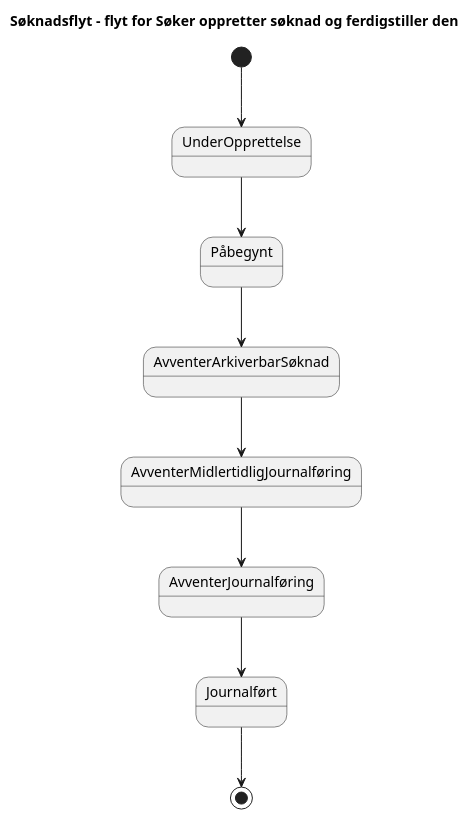
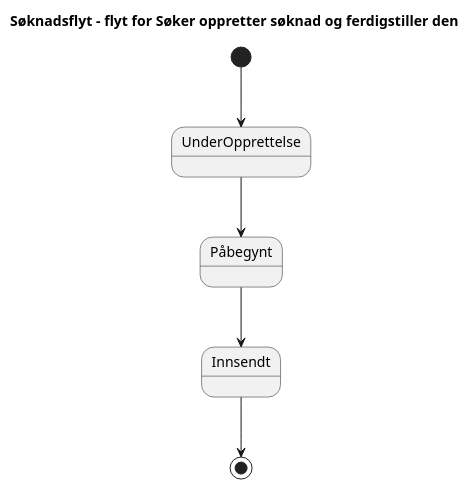
The diagram in docs/arkitektur/tilstander/Søker oppretter søknad og ferdigstiller den.approved.puml (navikt/dp-soknad), drawn with PlantUML before and after one commit. The commit also changed 5 other files, not shown here.

Commit message:
R!!! Vi fjernet alt som har med journalføring på søknad - er flyttet til innsending. Breaking changes!!!

```diff
--- a/docs/arkitektur/tilstander/Søker oppretter søknad og ferdigstiller den.approved.puml
+++ b/docs/arkitektur/tilstander/Søker oppretter søknad og ferdigstiller den.approved.puml
@@ -1,12 +1,9 @@
 @startuml
 title 
 Søknadsflyt – flyt for Søker oppretter søknad og ferdigstiller den
 end title           
 [*]-->UnderOpprettelse 
 UnderOpprettelse --> Påbegynt
-Påbegynt --> AvventerArkiverbarSøknad
-AvventerArkiverbarSøknad --> AvventerMidlertidligJournalføring
-AvventerMidlertidligJournalføring --> AvventerJournalføring
-AvventerJournalføring --> Journalført
-Journalført--> [*]
+Påbegynt --> Innsendt
+Innsendt--> [*]
 @enduml
```
